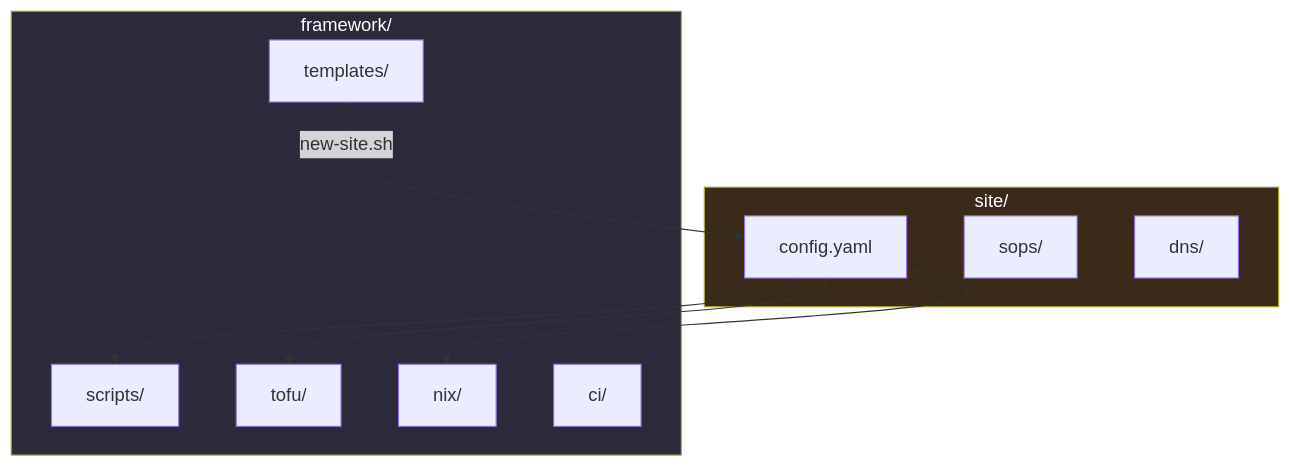
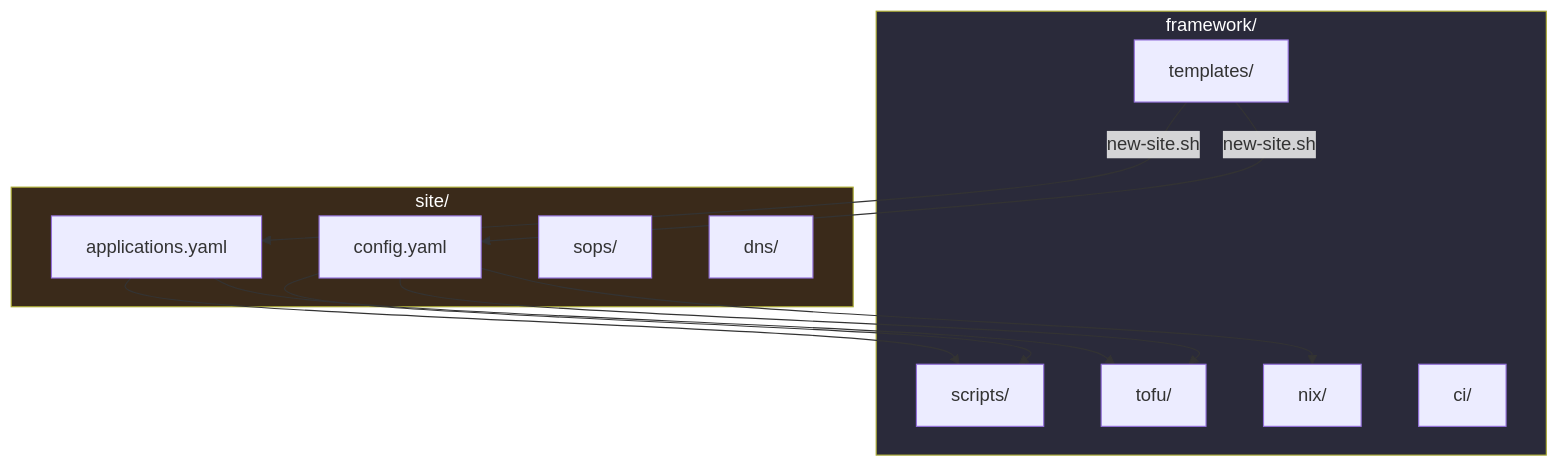
The fourth of 4 diagrams in README.md (wuertele/mycofu), drawn with Mermaid before and after one commit. The commit also changed other lines of this file and 57 other files, not shown here.

````diff
--- a/README.md
+++ b/README.md
@@ -433,24 +450,28 @@
 ```mermaid
 flowchart TB
     subgraph SITE["site/"]
         config["config.yaml"]
+        apps["applications.yaml"]
         sops["sops/"]
         dns["dns/"]
     end
 
     subgraph FW["framework/"]
         templates["templates/"]
         scripts["scripts/"]
         tofu["tofu/"]
         nix["nix/"]
         ci["ci/"]
     end
 
     templates -->|"new-site.sh"| config
+    templates -->|"new-site.sh"| apps
     config --> scripts
     config --> tofu
     config --> nix
+    apps --> scripts
+    apps --> tofu
 
     style FW fill:#2a2a3a,color:#fff
     style SITE fill:#3a2a1a,color:#fff
 ```
````
